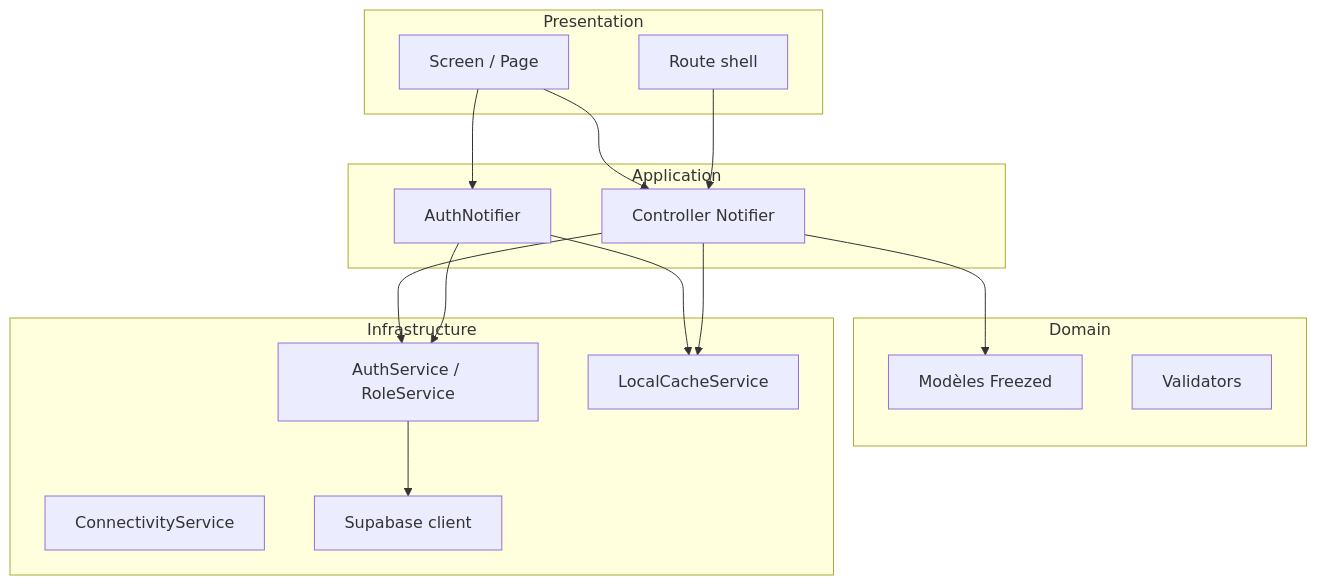
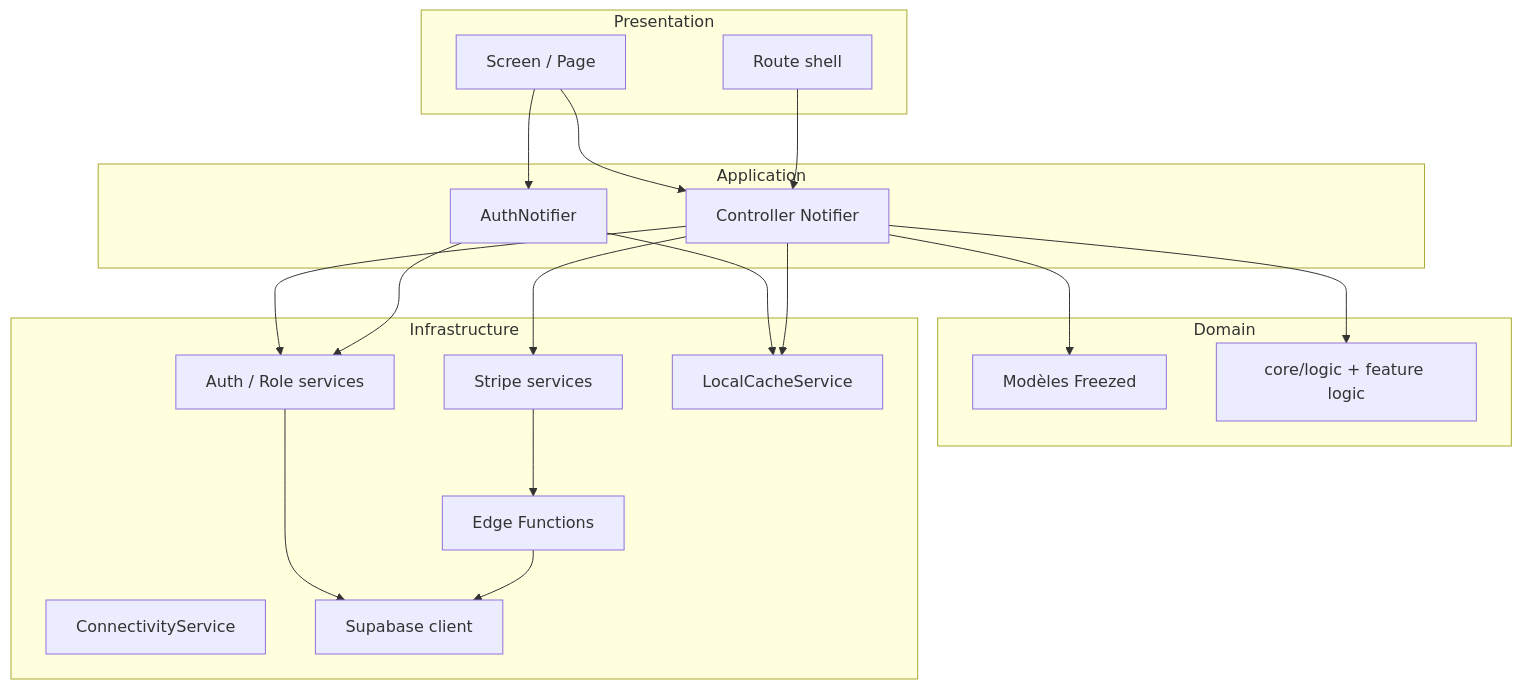
One commit to Nthiekamw/Madbeauty_flutter changed the diagram in docs/ARCHITECTURE.md. Above: the diagram before and after it, drawn with Mermaid. The commit also changed other lines of this file and 36 other files, not shown here.

````diff
--- a/docs/ARCHITECTURE.md
+++ b/docs/ARCHITECTURE.md
@@ -65,30 +90,36 @@
 ```mermaid
 flowchart TB
   subgraph presentation [Presentation]
     Screen[Screen / Page]
     Route[Route shell]
   end
   subgraph application [Application]
     Controller[Controller Notifier]
     AuthState[AuthNotifier]
   end
   subgraph domain [Domain]
     Models[Modèles Freezed]
-    Validators[Validators]
+    Logic[core/logic + feature logic]
   end
   subgraph infrastructure [Infrastructure]
-    AuthSvc[AuthService / RoleService]
+    AuthSvc[Auth / Role services]
+    StripeSvc[Stripe services]
     Cache[LocalCacheService]
     Net[ConnectivityService]
     SB[Supabase client]
+    EF[Edge Functions]
   end
   Screen --> Controller
   Screen --> AuthState
   Route --> Controller
   Controller --> AuthSvc
   Controller --> Models
+  Controller --> Logic
   AuthState --> AuthSvc
   AuthState --> Cache
   Controller --> Cache
+  Controller --> StripeSvc
   AuthSvc --> SB
+  StripeSvc --> EF
+  EF --> SB
 ```
````
